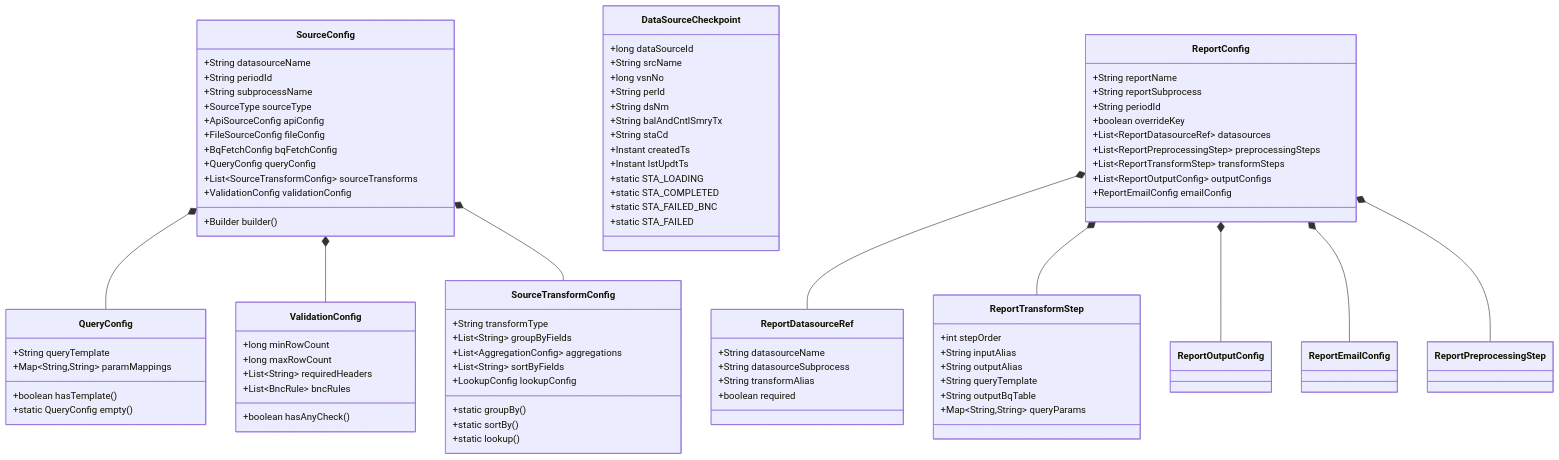
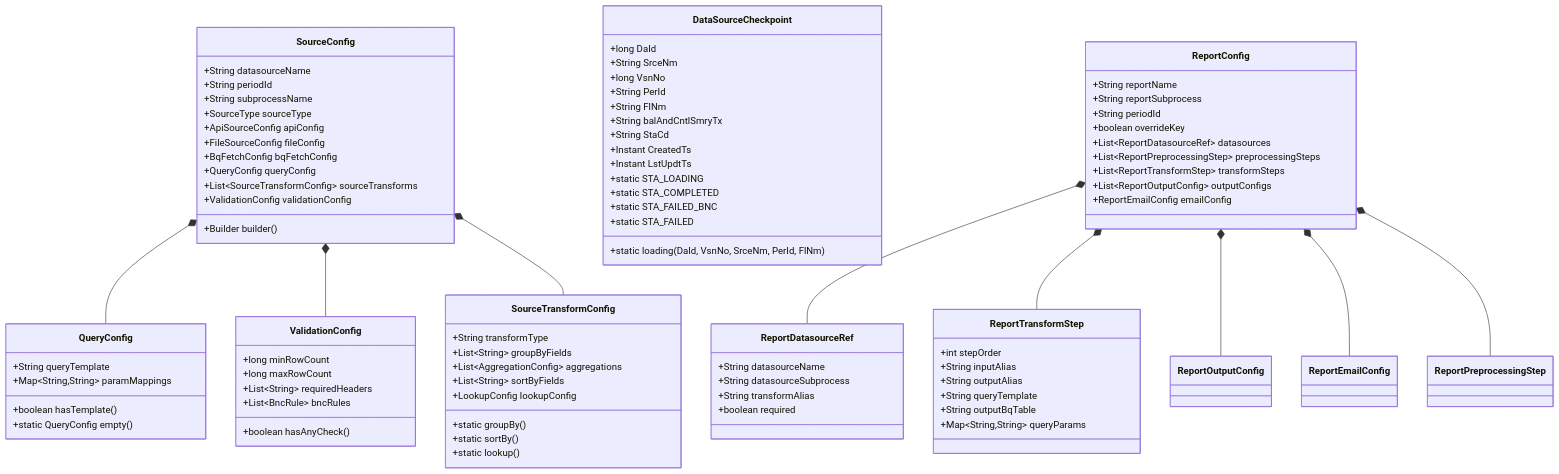
Before and after one commit to tushark-16bit/beam_framework: the tenth of 13 diagrams in WALKTHROUGH.md, drawn with Mermaid. The commit also changed other lines of this file and 11 other files, not shown here.

```diff
--- a/WALKTHROUGH.md
+++ b/WALKTHROUGH.md
@@ -469,19 +471,20 @@
     }
 
     class DataSourceCheckpoint {
-        +long dataSourceId
-        +String srcName
-        +long vsnNo
-        +String perId
-        +String dsNm
+        +long DaId
+        +String SrceNm
+        +long VsnNo
+        +String PerId
+        +String FlNm
         +String balAndCntlSmryTx
-        +String staCd
-        +Instant createdTs
-        +Instant lstUpdtTs
+        +String StaCd
+        +Instant CreatedTs
+        +Instant LstUpdtTs
         +static STA_LOADING
         +static STA_COMPLETED
         +static STA_FAILED_BNC
         +static STA_FAILED
+        +static loading(DaId, VsnNo, SrceNm, PerId, FlNm)
     }
 
     class ReportConfig {
```
